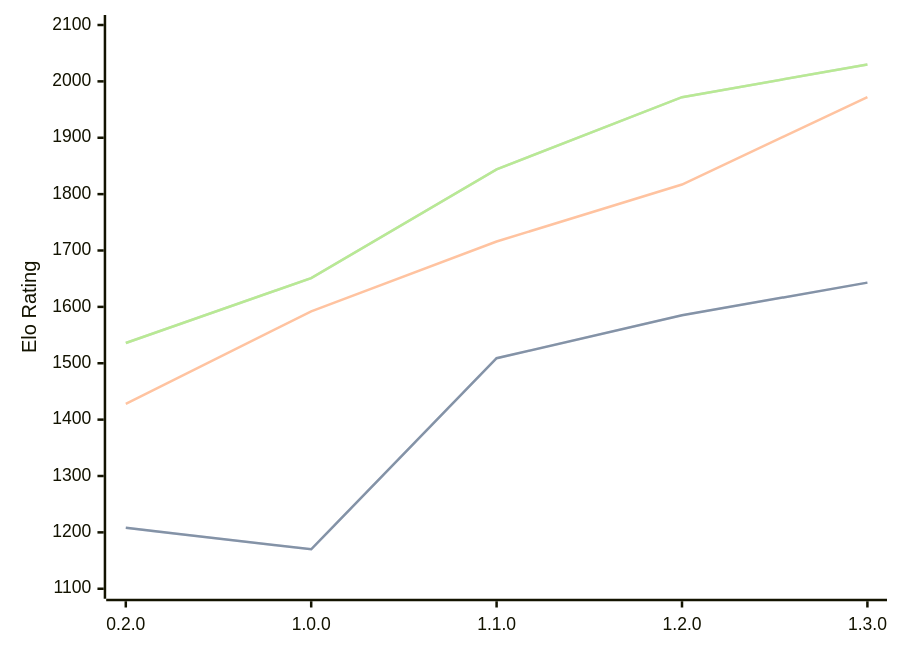
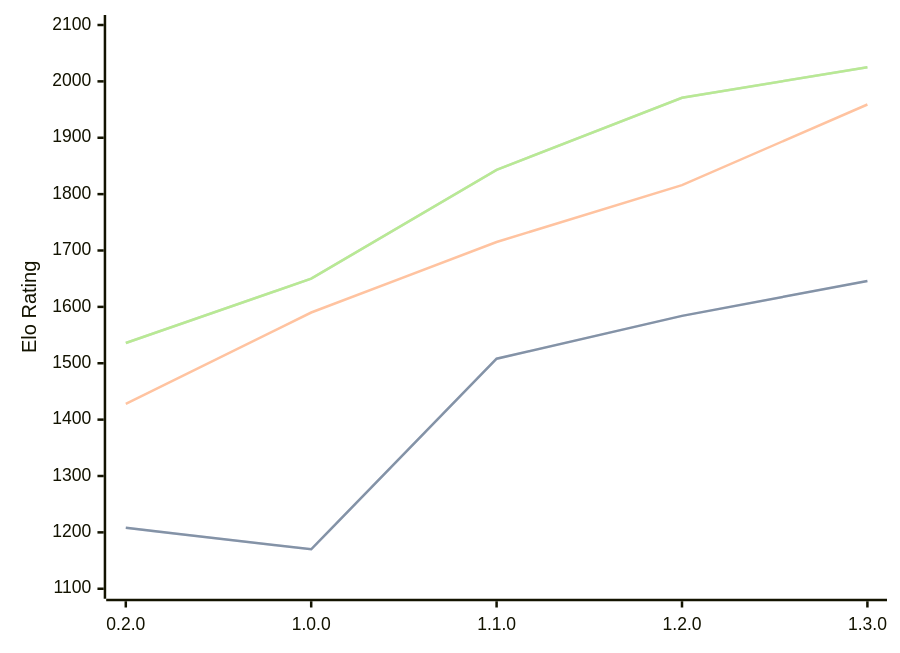
Before and after one commit to computer-chess-index/cci: the diagram in engines/Zeppelin.md, drawn with Mermaid. The commit also changed other lines of this file, not shown here.

Commit message:
Update CCI Ratings (ELO VLTC) - 2026-03-08

````diff
--- a/engines/Zeppelin.md
+++ b/engines/Zeppelin.md
@@ -35,11 +35,11 @@
 ```mermaid
 %%{init: {"theme":"base","themeVariables":{"seriesColors:['#a3a3a3','#222221','#faa371']}}}%%
 xychart-beta
   x-axis ["0.2.0", "1.0.0", "1.1.0", "1.2.0", "1.3.0"]
   y-axis "Elo Rating" 1100 --> 2100
-  line "STC (8.0+0.08s)" [1208, 1170, 1509, 1585, 1643]
-  line "STC (8.0+0.08s)" [1208, 1170, 1509, 1585, 1643]
-  line "LTC (60.0+0.60s)" [1428, 1592, 1716, 1817, 1972]
-  line "VLTC (2m24s+1.12s)" [1536, 1651, 1844, 1972, 2030]
-  line "VLTC (2m24s+1.12s)" [1536, 1651, 1844, 1972, 2030]
+  line "STC (8.0+0.08s)" [1208, 1170, 1508, 1584, 1646]
+  line "STC (8.0+0.08s)" [1208, 1170, 1508, 1584, 1646]
+  line "LTC (60.0+0.60s)" [1428, 1590, 1715, 1816, 1959]
+  line "VLTC (2m24s+1.12s)" [1536, 1650, 1843, 1971, 2025]
+  line "VLTC (2m24s+1.12s)" [1536, 1650, 1843, 1971, 2025]
 ```
````
